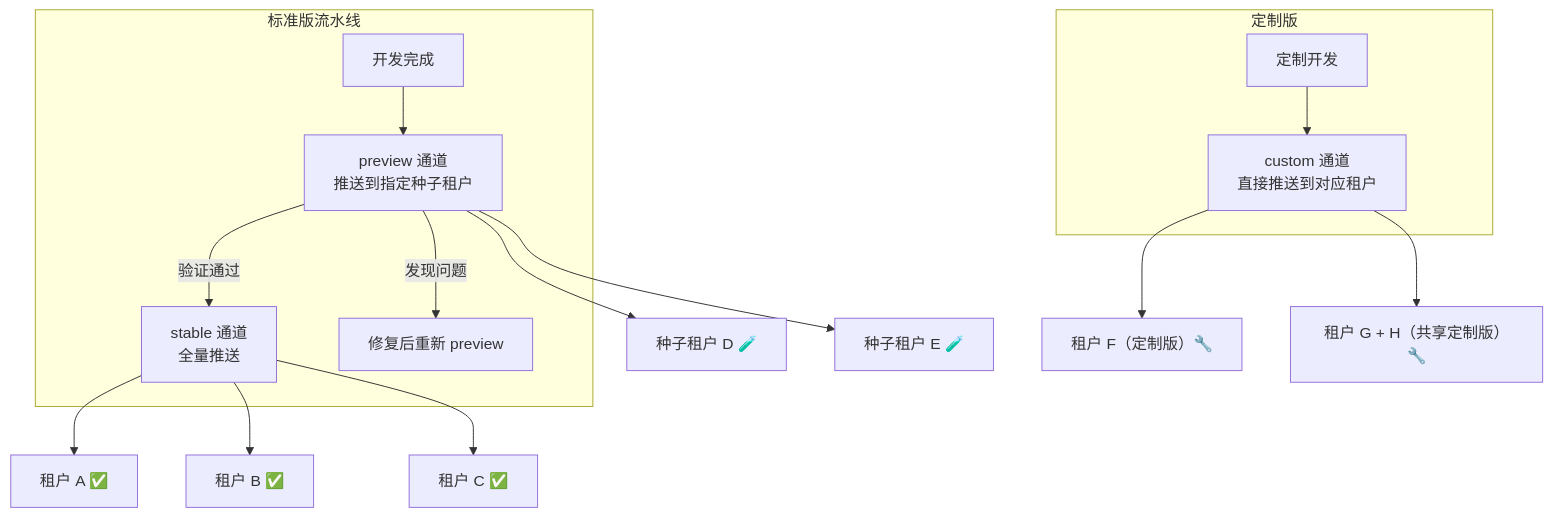
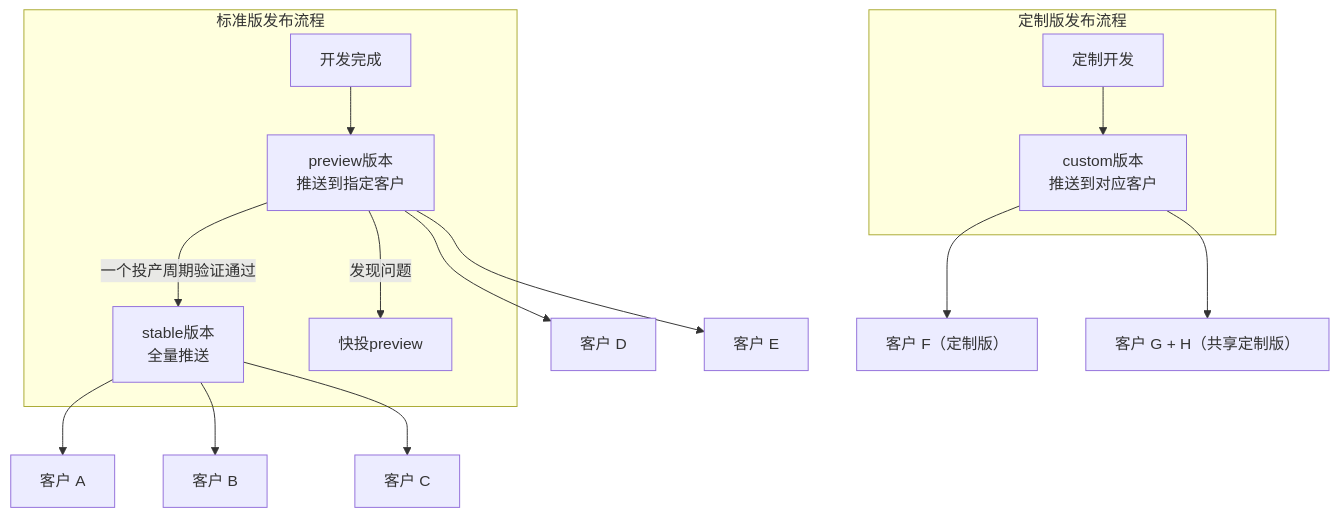
One commit to zhangpeng3710/nettydemo changed the second of 9 diagrams in docs/适用于生产现状的版本更新方案.md. Above: the diagram before and after it, drawn with Mermaid. The commit also changed other lines of this file and 1 other file, not shown here.

````diff
--- a/docs/适用于生产现状的版本更新方案.md
+++ b/docs/适用于生产现状的版本更新方案.md
@@ -60,20 +58,20 @@
 ```mermaid
 graph TB
-    subgraph 标准版流水线
-        DEV_S["开发完成"] --> PREVIEW["preview 通道<br/>推送到指定种子租户"]
-        PREVIEW --> |"验证通过"| STABLE["stable 通道<br/>全量推送"]
-        PREVIEW --> |"发现问题"| FIX["修复后重新 preview"]
+    subgraph 标准版发布流程
+        DEV_S["开发完成"] --> PREVIEW["preview版本<br/>推送到指定客户"]
+        PREVIEW --> |"一个投产周期验证通过"| STABLE["stable版本<br/>全量推送"]
+        PREVIEW --> |"发现问题"| FIX["快投preview"]
     end
 
-    subgraph 定制版
-        DEV_C["定制开发"] --> CUSTOM["custom 通道<br/>直接推送到对应租户"]
+    subgraph 定制版发布流程
+        DEV_C["定制开发"] --> CUSTOM["custom版本<br/>推送到对应客户"]
     end
 
-    STABLE --> T1["租户 A ✅"]
-    STABLE --> T2["租户 B ✅"]
-    STABLE --> T3["租户 C ✅"]
-    PREVIEW --> T4["种子租户 D 🧪"]
-    PREVIEW --> T5["种子租户 E 🧪"]
-    CUSTOM --> T6["租户 F（定制版）🔧"]
-    CUSTOM --> T7["租户 G + H（共享定制版）🔧"]
+    STABLE --> T1["客户 A"]
+    STABLE --> T2["客户 B"]
+    STABLE --> T3["客户 C"]
+    PREVIEW --> T4["客户 D"]
+    PREVIEW --> T5["客户 E"]
+    CUSTOM --> T6["客户 F（定制版）"]
+    CUSTOM --> T7["客户 G + H（共享定制版）"]
 ```
````
